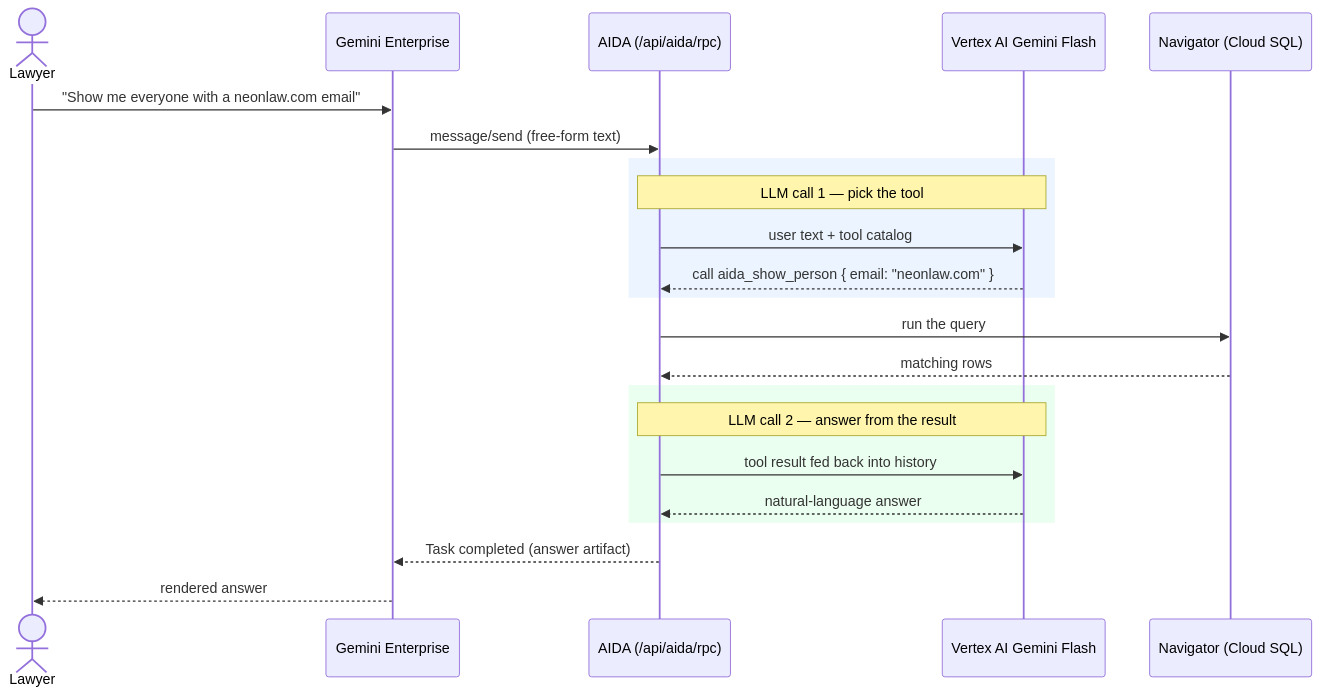
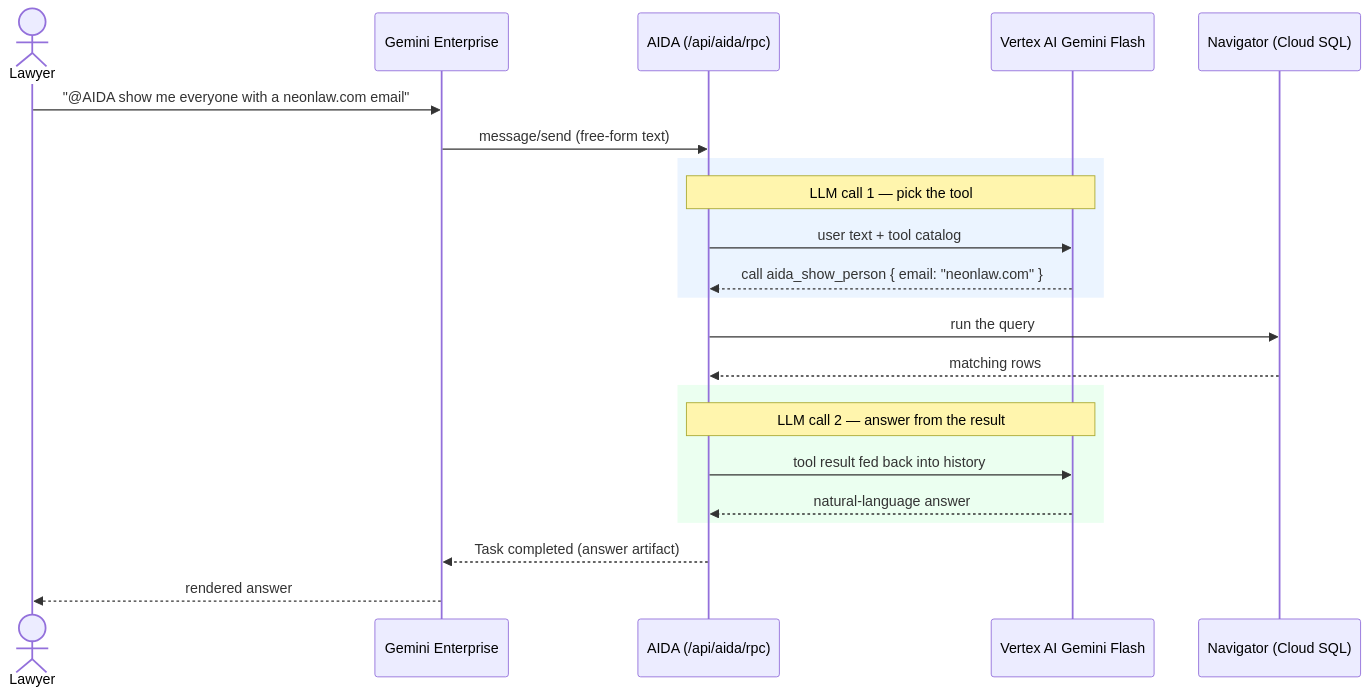
One commit to neon-law-foundation/navigator changed the diagram in mcp/README.md. Above: the diagram before and after it, drawn with Mermaid. The commit also changed other lines of this file and 9 other files, not shown here.

````diff
--- a/mcp/README.md
+++ b/mcp/README.md
@@ -51,29 +56,29 @@
 ```mermaid
 sequenceDiagram
     actor Lawyer
     participant GE as Gemini Enterprise
     participant AIDA as AIDA (/api/aida/rpc)
     participant LLM as Vertex AI Gemini Flash
     participant DB as Navigator (Cloud SQL)
 
-    Lawyer->>GE: "Show me everyone with a neonlaw.com email"
+    Lawyer->>GE: "@AIDA show me everyone with a neonlaw.com email"
     GE->>AIDA: message/send (free-form text)
 
     rect rgb(235, 244, 255)
     note over AIDA,LLM: LLM call 1 — pick the tool
     AIDA->>LLM: user text + tool catalog
     LLM-->>AIDA: call aida_show_person { email: "neonlaw.com" }
     end
 
     AIDA->>DB: run the query
     DB-->>AIDA: matching rows
 
     rect rgb(235, 255, 240)
     note over AIDA,LLM: LLM call 2 — answer from the result
     AIDA->>LLM: tool result fed back into history
     LLM-->>AIDA: natural-language answer
     end
 
     AIDA-->>GE: Task completed (answer artifact)
     GE-->>Lawyer: rendered answer
 ```
````
